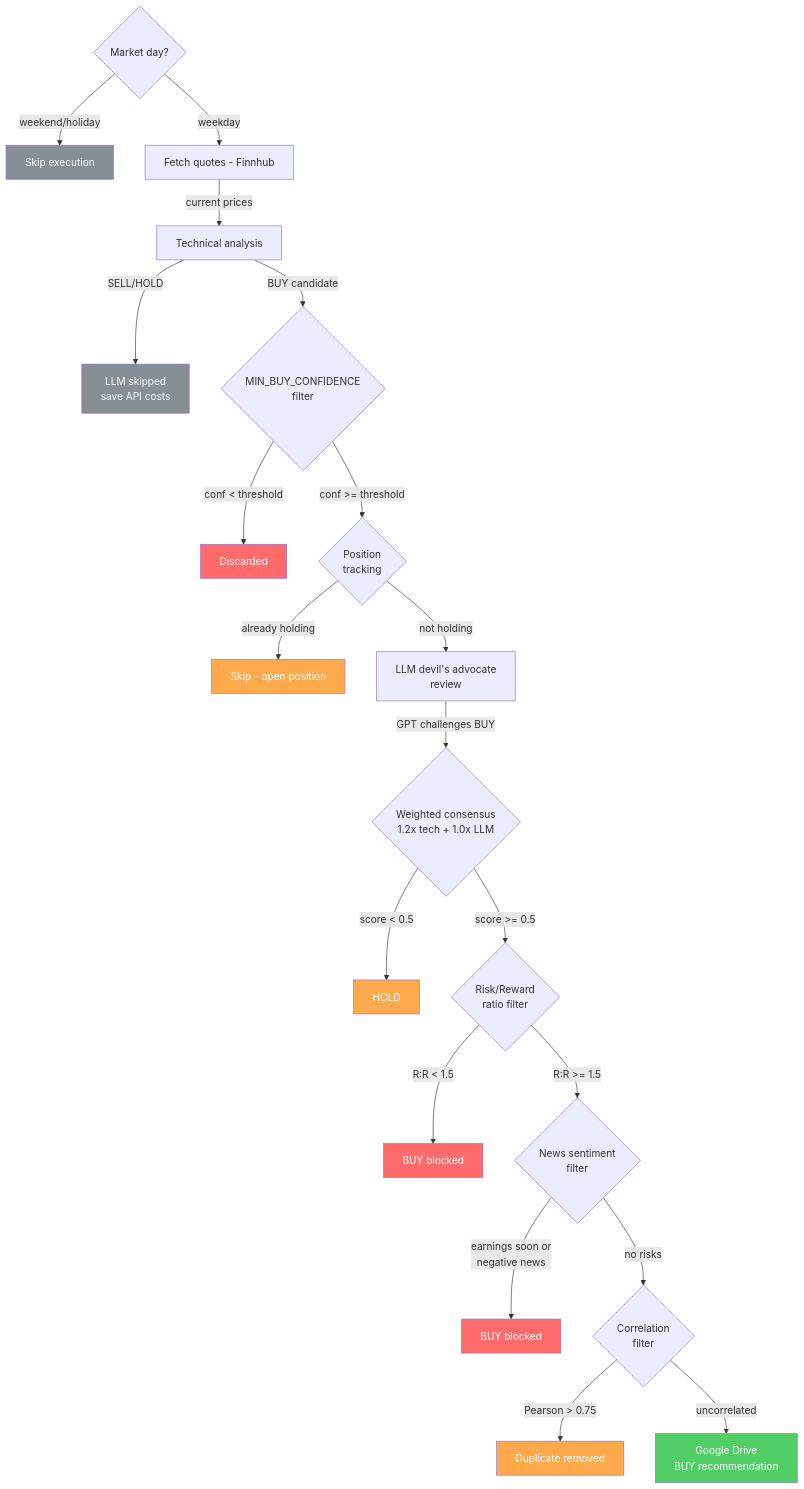
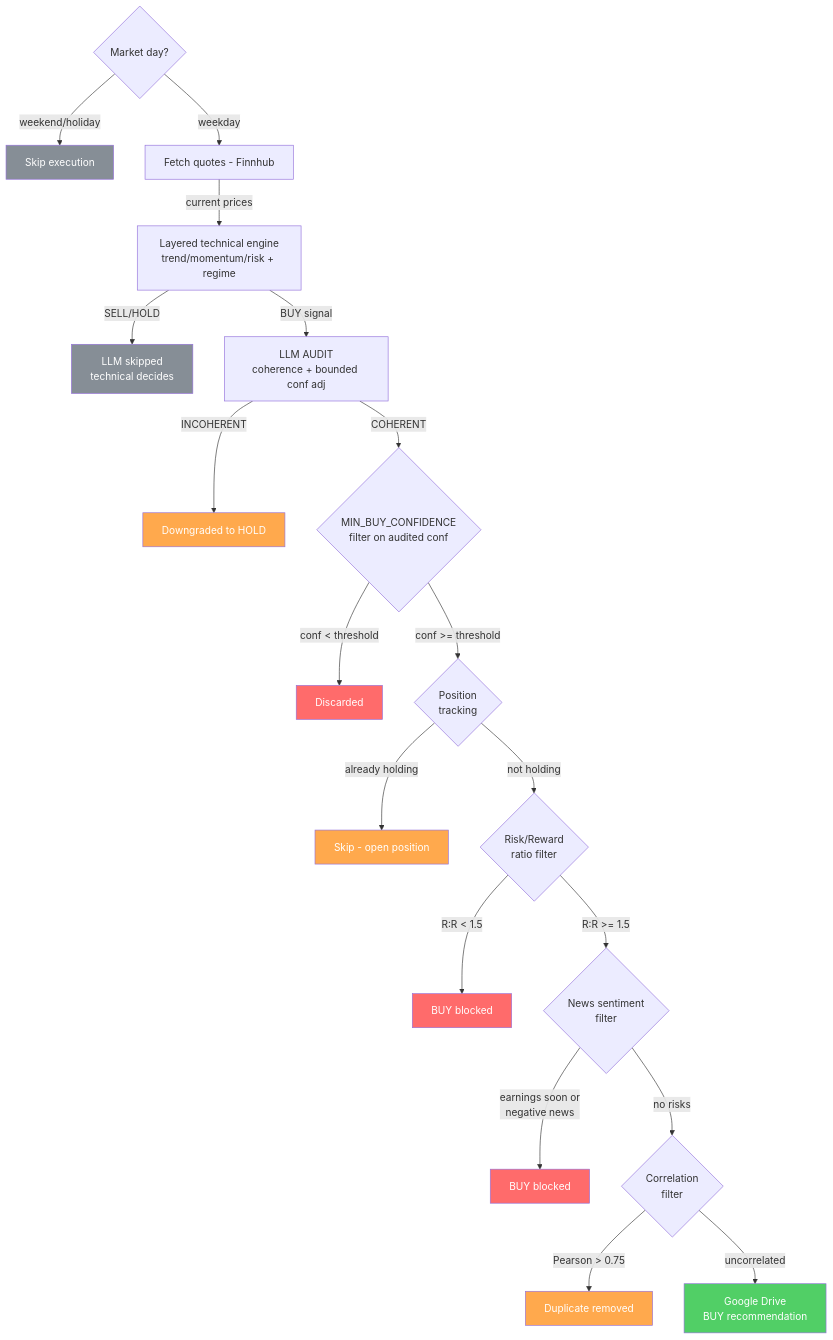
The diagram in README.md (manu-gt-hub/trading_advisor), drawn with Mermaid before and after one commit. The commit also changed other lines of this file and 15 other files, not shown here.

Commit message:
feat: layered deterministic technical engine (trend/momentum/risk) + regime classifier + LLM auditor + weekly confirmation + docs

````diff
--- a/README.md
+++ b/README.md
@@ -126,31 +125,30 @@
 ```mermaid
 flowchart TD
     Z{Market day?} -->|weekend/holiday| X0[Skip execution]
     Z -->|weekday| A[Fetch quotes - Finnhub]
-    A -->|current prices| B[Technical analysis]
-    B -->|SELL/HOLD| S[LLM skipped<br>save API costs]
-    B -->|BUY candidate| C{MIN_BUY_CONFIDENCE<br>filter}
+    A -->|current prices| B[Layered technical engine<br>trend/momentum/risk + regime]
+    B -->|SELL/HOLD| S[LLM skipped<br>technical decides]
+    B -->|BUY signal| D[LLM AUDIT<br>coherence + bounded conf adj]
+    D -->|INCOHERENT| X2[Downgraded to HOLD]
+    D -->|COHERENT| C{MIN_BUY_CONFIDENCE<br>filter on audited conf}
     C -->|conf < threshold| X1[Discarded]
     C -->|conf >= threshold| P{Position<br>tracking}
     P -->|already holding| X6[Skip - open position]
-    P -->|not holding| D[LLM devil's advocate<br>review]
-    D -->|GPT challenges BUY| E{Weighted consensus<br>1.2x tech + 1.0x LLM}
-    E -->|score < 0.5| X2[HOLD]
-    E -->|score >= 0.5| RR{Risk/Reward<br>ratio filter}
+    P -->|not holding| RR{Risk/Reward<br>ratio filter}
     RR -->|R:R < 1.5| X5[BUY blocked]
     RR -->|R:R >= 1.5| F{News sentiment<br>filter}
     F -->|earnings soon or<br>negative news| X3[BUY blocked]
     F -->|no risks| G{Correlation<br>filter}
     G -->|Pearson > 0.75| X4[Duplicate removed]
     G -->|uncorrelated| H[Google Drive<br>BUY recommendation]
 
     style X0 fill:#868e96,color:#fff
     style X1 fill:#ff6b6b,color:#fff
     style X2 fill:#ffa94d,color:#fff
     style X3 fill:#ff6b6b,color:#fff
     style X4 fill:#ffa94d,color:#fff
     style X5 fill:#ff6b6b,color:#fff
     style X6 fill:#ffa94d,color:#fff
     style S fill:#868e96,color:#fff
     style H fill:#51cf66,color:#fff
 ```
````
